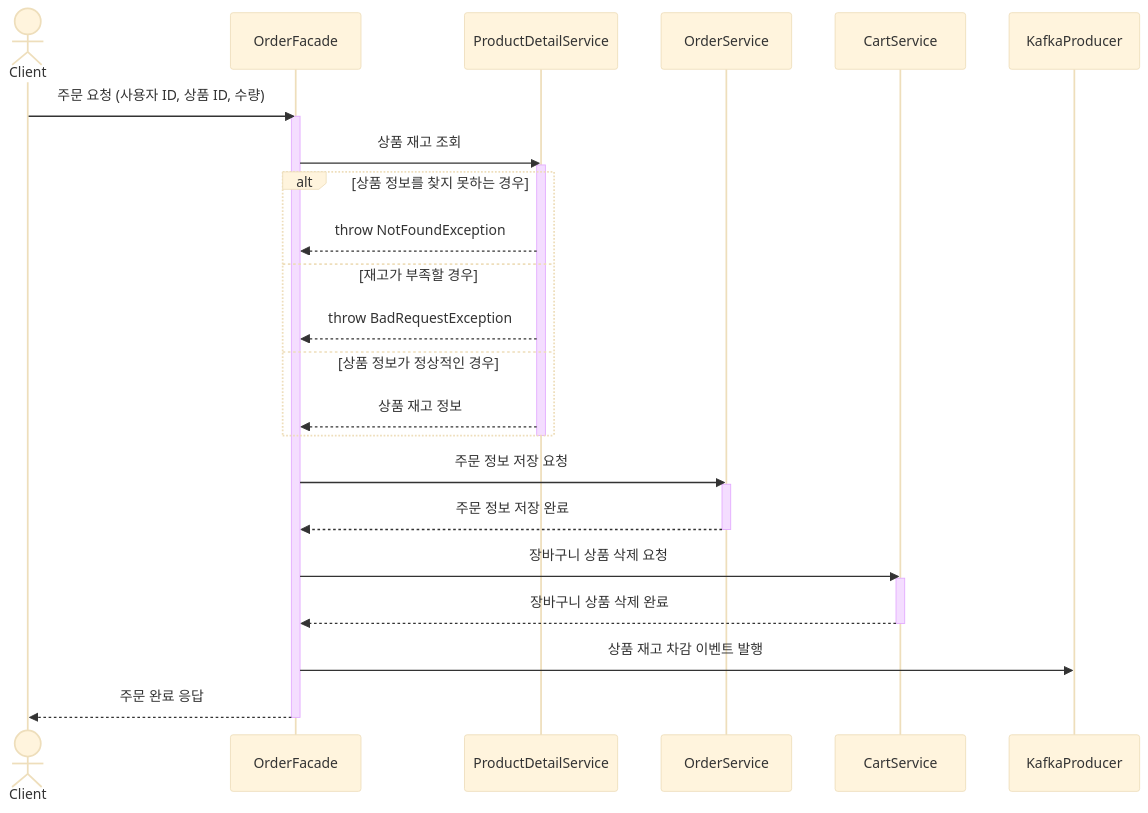
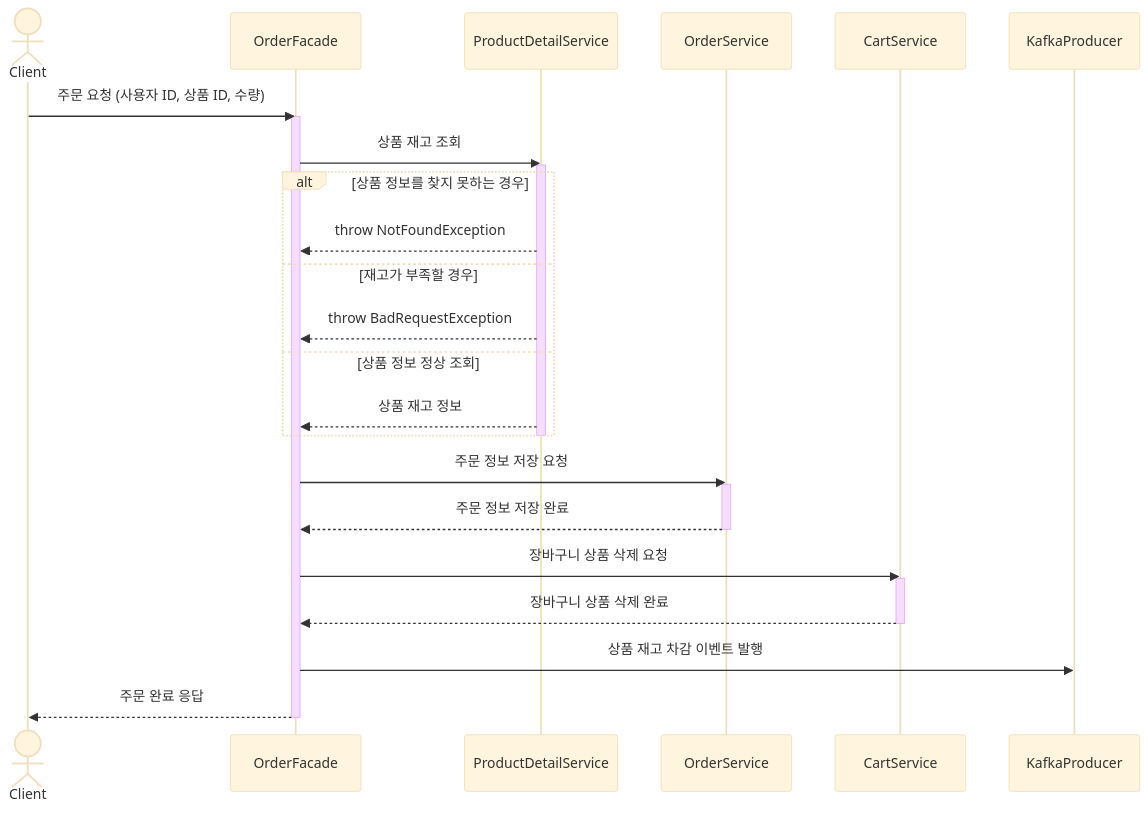
The fifth of 10 diagrams in docs/SEQUENCE_DIAGRAM.md (lgm1007/hhplus_ecommerce), drawn with Mermaid (base theme) before and after one commit. The commit also changed other lines of this file, not shown here.

Commit message:
docs: 시퀀스 다이어그램 내용 수정

````diff
--- a/docs/SEQUENCE_DIAGRAM.md
+++ b/docs/SEQUENCE_DIAGRAM.md
@@ -97,33 +133,33 @@
 ```mermaid
 sequenceDiagram
     actor Client
     participant OrderFacade
     participant ProductDetailService
     participant OrderService
     participant CartService
     participant KafkaProducer
 
     Client ->> OrderFacade: 주문 요청 (사용자 ID, 상품 ID, 수량)
     activate OrderFacade
     OrderFacade ->> ProductDetailService: 상품 재고 조회
     activate ProductDetailService
     alt 상품 정보를 찾지 못하는 경우
         ProductDetailService -->> OrderFacade: throw NotFoundException
     else 재고가 부족할 경우
         ProductDetailService -->> OrderFacade: throw BadRequestException
-    else 상품 정보가 정상적인 경우
+    else 상품 정보 정상 조회
         ProductDetailService -->> OrderFacade: 상품 재고 정보
     end
     deactivate ProductDetailService
     OrderFacade ->> OrderService: 주문 정보 저장 요청
     activate OrderService
     OrderService -->> OrderFacade: 주문 정보 저장 완료
     deactivate OrderService
     OrderFacade ->> CartService: 장바구니 상품 삭제 요청
     activate CartService
     CartService -->> OrderFacade: 장바구니 상품 삭제 완료
     deactivate CartService
     OrderFacade ->> KafkaProducer: 상품 재고 차감 이벤트 발행
     OrderFacade -->> Client: 주문 완료 응답
     deactivate OrderFacade
 ```
````
